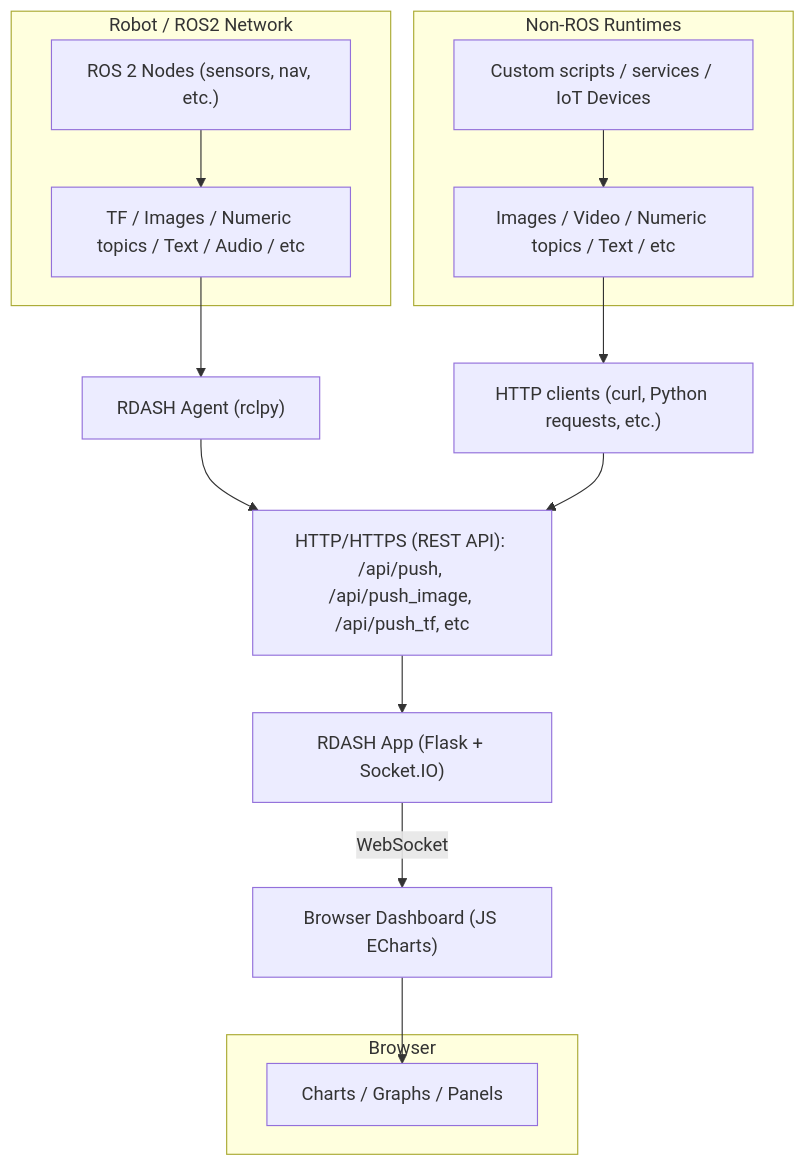
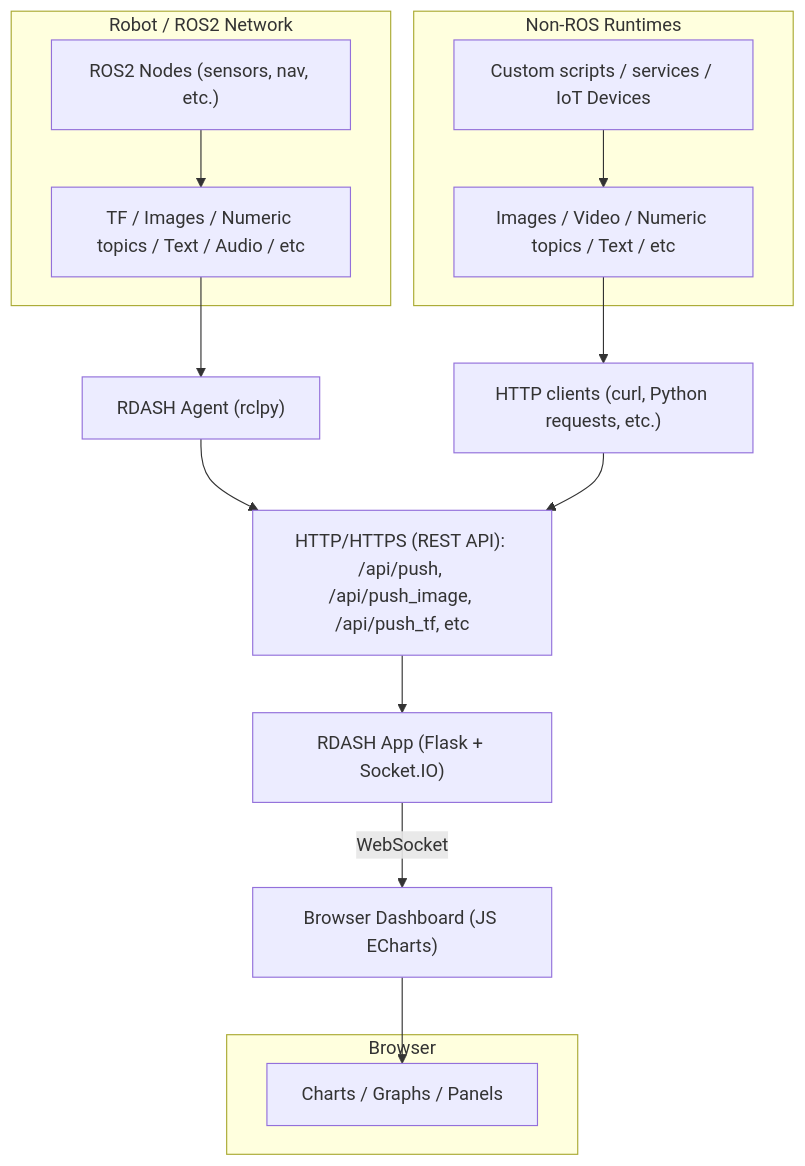
Before and after one commit to vamsi-karnam/R-Dash: the diagram in README.md, drawn with Mermaid. The commit also changed other lines of this file, not shown here.

````diff
--- a/README.md
+++ b/README.md
@@ -126,28 +126,28 @@
 ```mermaid
 flowchart TD
   subgraph "Robot / ROS2 Network"
-    A1["ROS 2 Nodes (sensors, nav, etc.)"]
+    A1["ROS2 Nodes (sensors, nav, etc.)"]
     A2["TF / Images / Numeric topics / Text / Audio / etc"]
   end
 
   A1 --> A2
   A2 --> B["RDASH Agent (rclpy)"]
   B --> Z["HTTP/HTTPS (REST API): /api/push, /api/push_image, /api/push_tf, etc"] --> C["RDASH App (Flask + Socket.IO)"]
 
   subgraph "Non-ROS Runtimes"
     X1["Custom scripts / services / IoT Devices"]
     X2["Images / Video / Numeric topics / Text / etc"]
   end
 
   X1 --> X2
   X2 --> Y["HTTP clients (curl, Python requests, etc.)"]
   Y --> Z
 
   C -- "WebSocket" --> D["Browser Dashboard (JS ECharts)"]
 
   subgraph Browser
     D1["Charts / Graphs / Panels"]
   end
 
   D -->  D1
 ```
````
